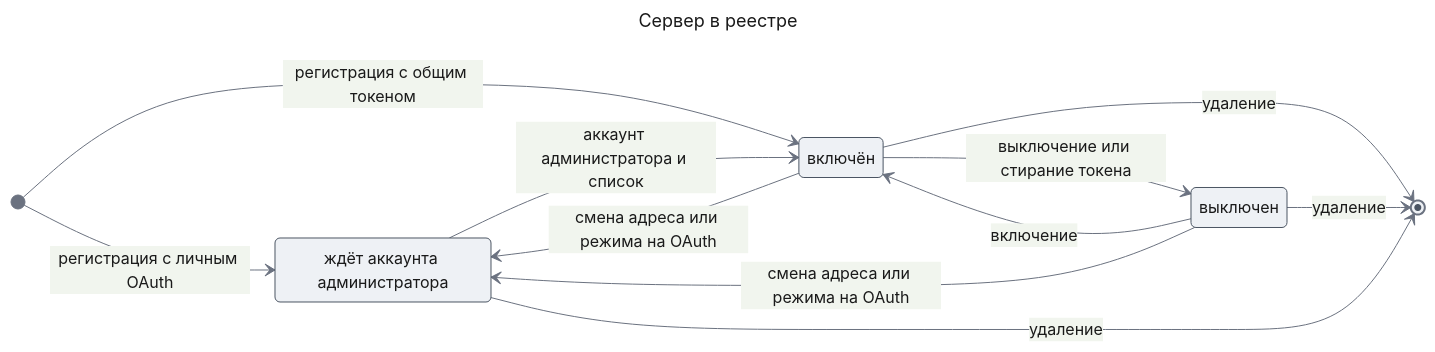
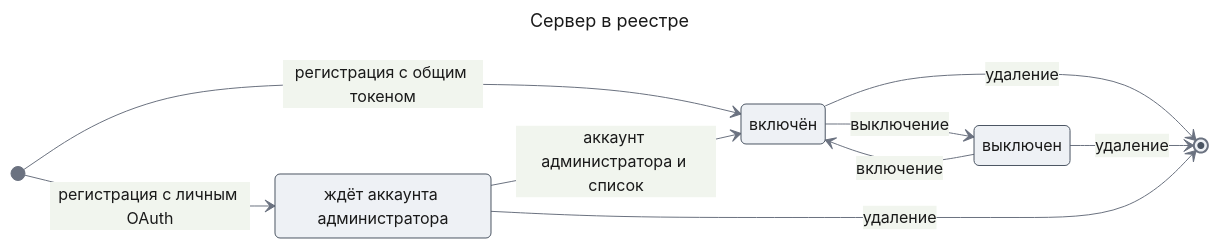
Before and after one commit to tundraray/agent-os: the ninth of 9 diagrams in docs/features/enterprise-access/design-mcp-connect.md, drawn with Mermaid. The commit also changed other lines of this file and 3 other files, not shown here.

````diff
--- a/docs/features/enterprise-access/design-mcp-connect.md
+++ b/docs/features/enterprise-access/design-mcp-connect.md
@@ -759,28 +755,26 @@
 ```mermaid
 ---
 title: "Сервер в реестре"
 config:
   theme: base
   look: classic
   themeVariables:
     primaryColor: "#eef1f5"
     primaryBorderColor: "#4b5563"
     primaryTextColor: "#1a1a1a"
     lineColor: "#6b7280"
 ---
 stateDiagram-v2
     direction LR
     state "ждёт аккаунта администратора" as waiting
     state "включён" as enabled
     state "выключен" as disabled
     [*] --> enabled: регистрация с общим токеном
     [*] --> waiting: регистрация с личным OAuth
     waiting --> enabled: аккаунт администратора и список
-    enabled --> disabled: выключение или стирание токена
+    enabled --> disabled: выключение
     disabled --> enabled: включение
-    enabled --> waiting: смена адреса или режима на OAuth
-    disabled --> waiting: смена адреса или режима на OAuth
     enabled --> [*]: удаление
     disabled --> [*]: удаление
     waiting --> [*]: удаление
 ```
````
